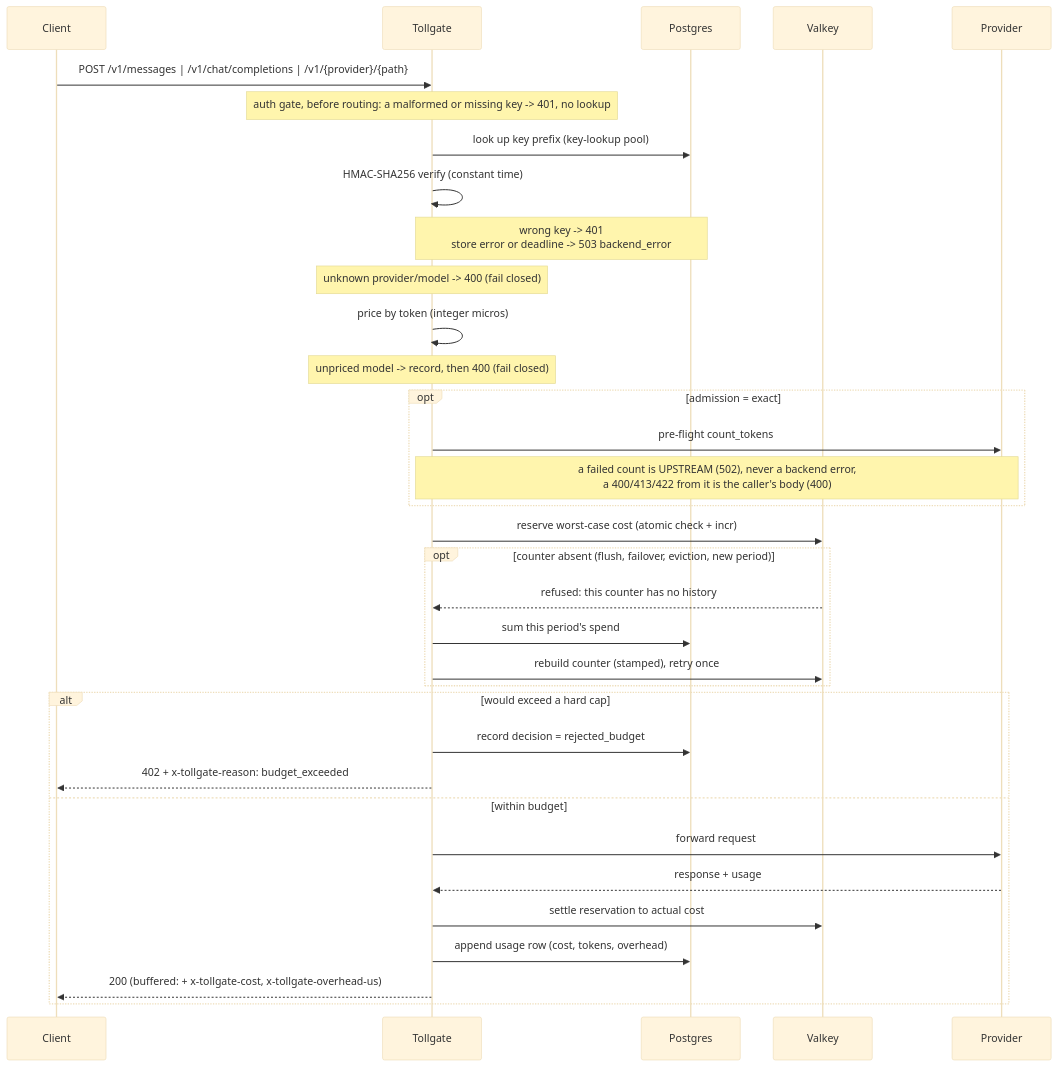
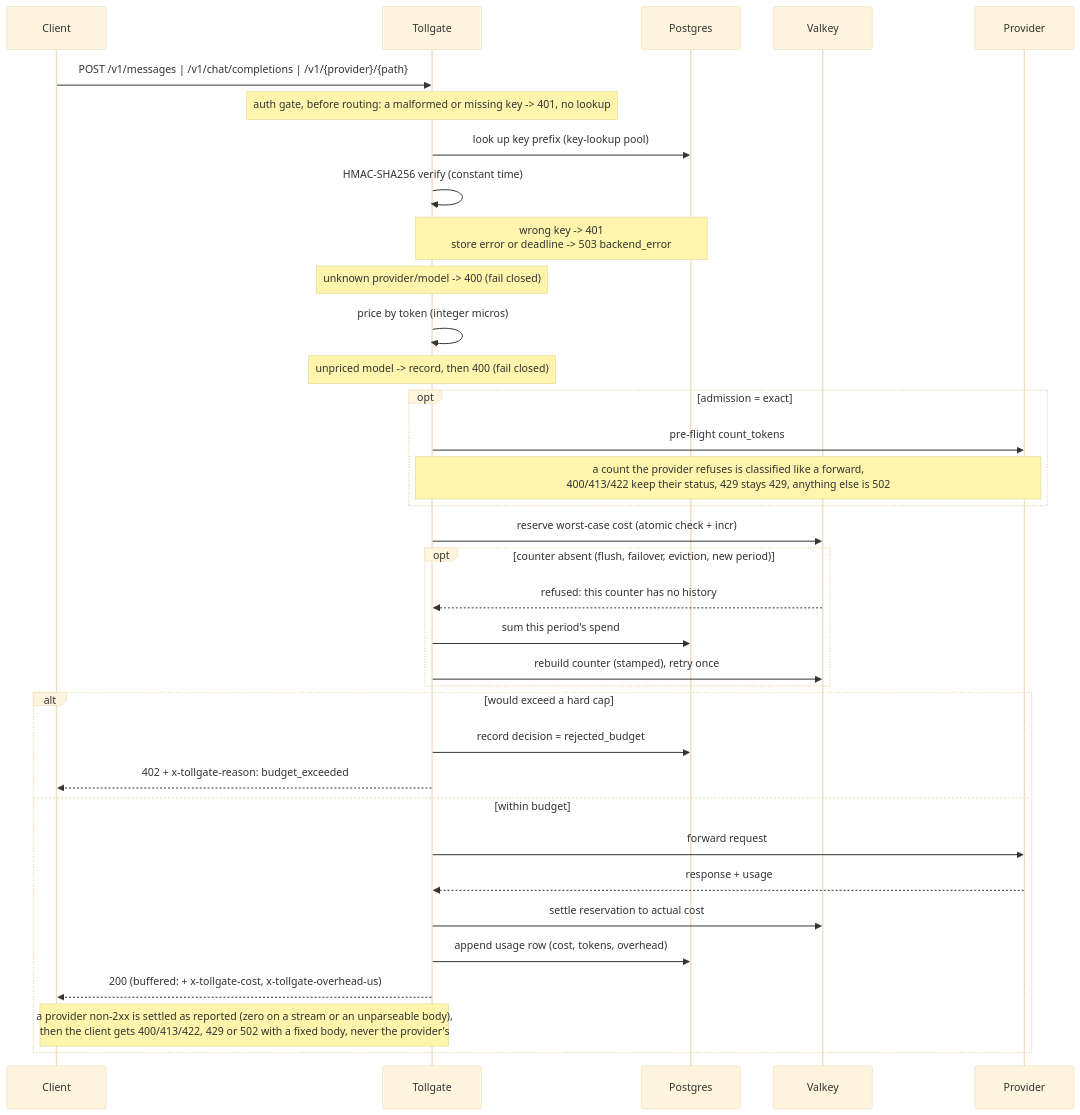
Before and after one commit to sakura-sky/tollgate: the second of 3 diagrams in docs/ARCHITECTURE.md, drawn with Mermaid (base theme). The commit also changed 13 other files, not shown here.

First line of the commit message:
Never return a provider's error to the client; classify it, log it, and give every response a request id

````diff
--- a/docs/ARCHITECTURE.md
+++ b/docs/ARCHITECTURE.md
@@ -52,36 +52,37 @@
 ```mermaid
 sequenceDiagram
   participant C as Client
   participant T as Tollgate
   participant DB as Postgres
   participant V as Valkey
   participant P as Provider
   C->>T: POST /v1/messages | /v1/chat/completions | /v1/{provider}/{path}
   Note over T: auth gate, before routing: a malformed or missing key -> 401, no lookup
   T->>DB: look up key prefix (key-lookup pool)
   T->>T: HMAC-SHA256 verify (constant time)
   Note over T,DB: wrong key -> 401<br/>store error or deadline -> 503 backend_error
   Note over T: unknown provider/model -> 400 (fail closed)
   T->>T: price by token (integer micros)
   Note over T: unpriced model -> record, then 400 (fail closed)
   opt admission = exact
     T->>P: pre-flight count_tokens
-    Note over T,P: a failed count is UPSTREAM (502), never a backend error,<br/>a 400/413/422 from it is the caller's body (400)
+    Note over T,P: a count the provider refuses is classified like a forward,<br/>400/413/422 keep their status, 429 stays 429, anything else is 502
   end
   T->>V: reserve worst-case cost (atomic check + incr)
   opt counter absent (flush, failover, eviction, new period)
     V-->>T: refused: this counter has no history
     T->>DB: sum this period's spend
     T->>V: rebuild counter (stamped), retry once
   end
   alt would exceed a hard cap
     T->>DB: record decision = rejected_budget
     T-->>C: 402 + x-tollgate-reason: budget_exceeded
   else within budget
     T->>P: forward request
     P-->>T: response + usage
     T->>V: settle reservation to actual cost
     T->>DB: append usage row (cost, tokens, overhead)
     T-->>C: 200 (buffered: + x-tollgate-cost, x-tollgate-overhead-us)
+    Note over T,C: a provider non-2xx is settled as reported (zero on a stream or an unparseable body),<br/>then the client gets 400/413/422, 429 or 502 with a fixed body, never the provider's
   end
 ```
````
